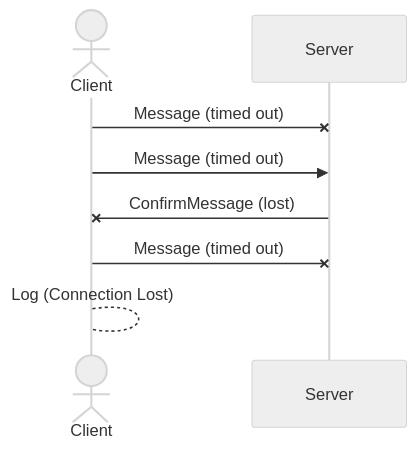
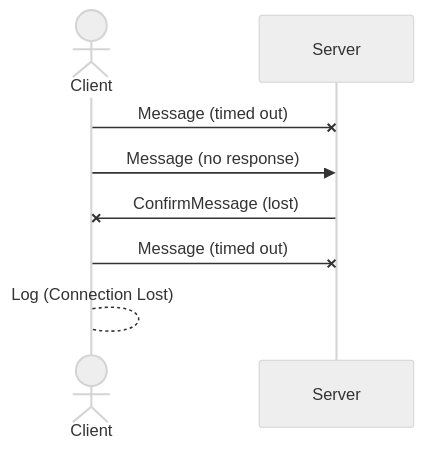
One commit to frephs/IS24-AM21 changed the first of 6 diagrams in documentation_wip/network_protocol.md. Above: the diagram before and after it, drawn with Mermaid (neutral theme).

````diff
--- a/documentation_wip/network_protocol.md
+++ b/documentation_wip/network_protocol.md
@@ -13,11 +13,11 @@
 ```mermaid
 sequenceDiagram
     actor Client
     Client -x Server: Message (timed out)
-    Client ->> Server: Message (timed out)
+    Client ->> Server: Message (no response)
     Server -x Client: ConfirmMessage (lost)
     Client -x Server: Message (timed out)
     Client --> Client : Log (Connection Lost)
     Destroy Client
 
 ```
````
